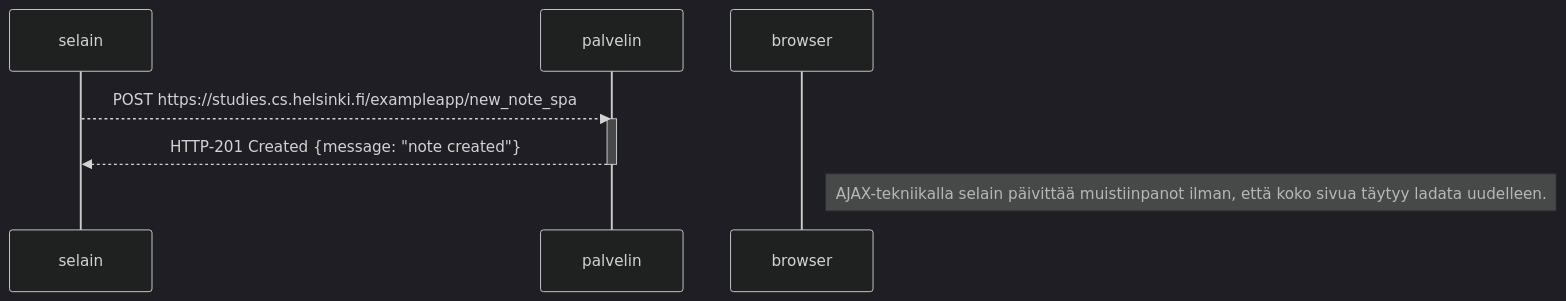
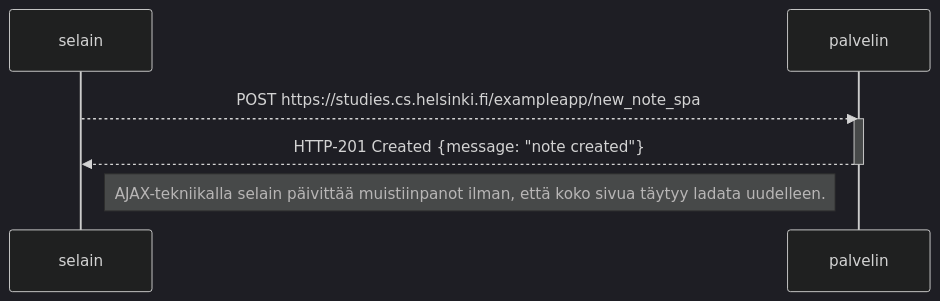
One commit to jajusii/fullstackrepositorio changed the diagram in 0.6-uusi-muistiinpano-spa.md. Above: the diagram before and after it, drawn with Mermaid (dark theme).

````diff
--- a/0.6-uusi-muistiinpano-spa.md
+++ b/0.6-uusi-muistiinpano-spa.md
@@ -1,12 +1,12 @@
 ```mermaid
 sequenceDiagram
     participant selain
     participant palvelin
 
     selain-->>palvelin: POST https://studies.cs.helsinki.fi/exampleapp/new_note_spa
     activate palvelin
     palvelin-->>selain: HTTP-201 Created {message: "note created"}
     deactivate palvelin
     
-    Note right of browser: AJAX-tekniikalla selain päivittää muistiinpanot ilman, että koko sivua täytyy ladata uudelleen.
+    Note right of selain: AJAX-tekniikalla selain päivittää muistiinpanot ilman, että koko sivua täytyy ladata uudelleen.
 ```
````
